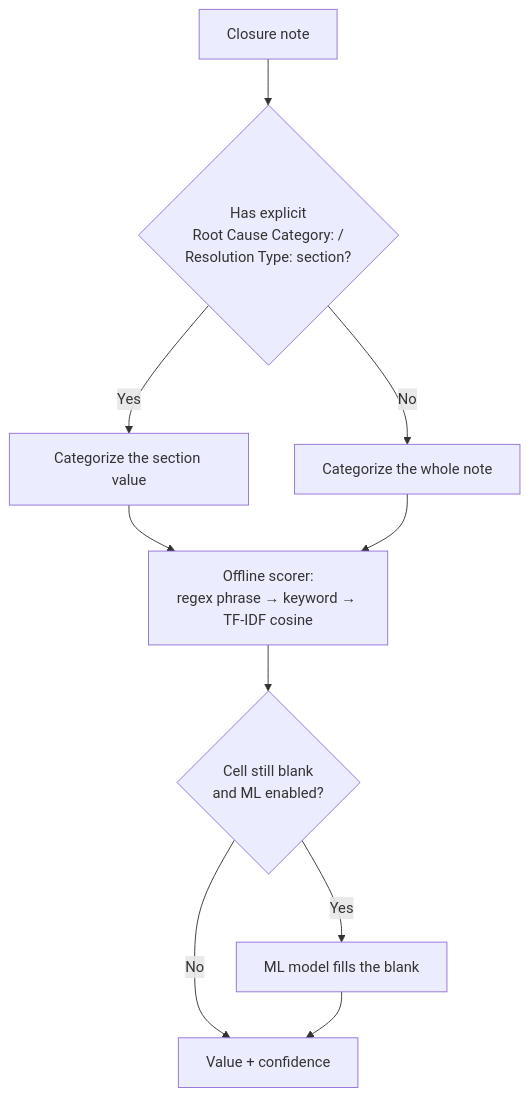
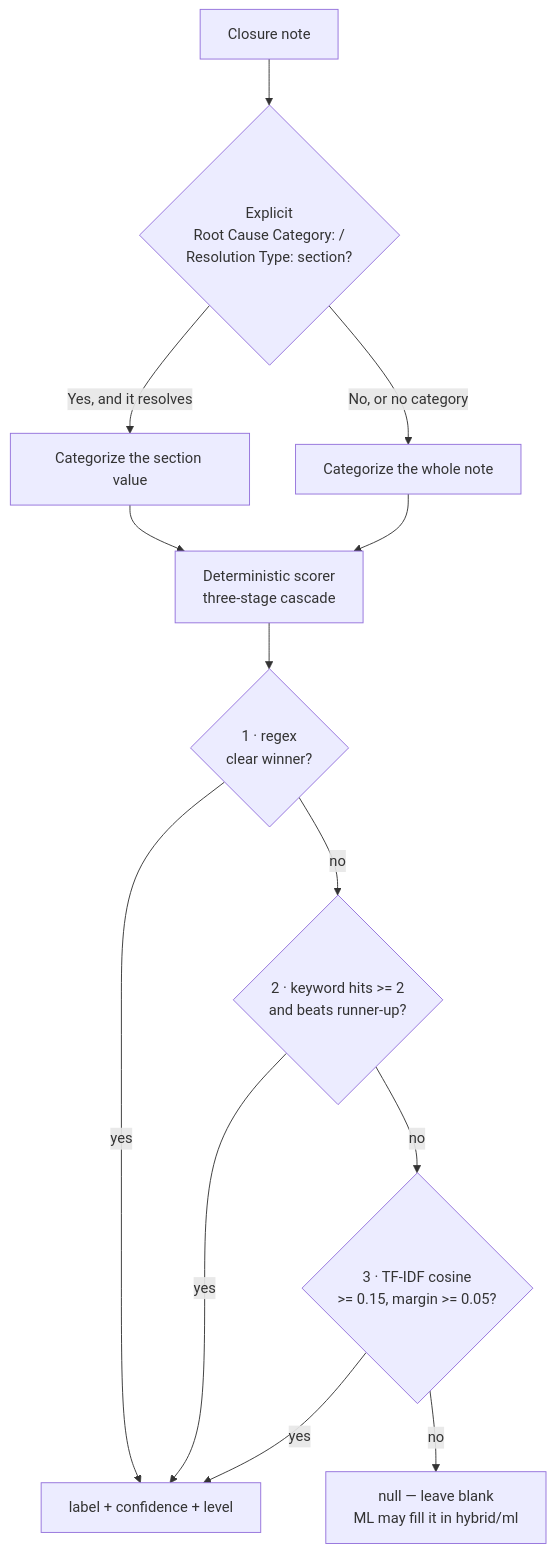
Before and after one commit to Abbas-Nagoor-Kani-BA/Autonomous-Reports-Engine: the diagram in wiki/Classification.md, drawn with Mermaid. The commit also changed other lines of this file, not shown here.

````diff
--- a/wiki/Classification.md
+++ b/wiki/Classification.md
@@ -9,12 +9,15 @@
 ```mermaid
 flowchart TD
-    N[Closure note] --> L{Has explicit<br/>Root Cause Category: /<br/>Resolution Type: section?}
-    L -->|Yes| S[Categorize the section value]
-    L -->|No| W[Categorize the whole note]
-    S --> D[Offline scorer:<br/>regex phrase → keyword → TF-IDF cosine]
-    W --> D
-    D --> B{Cell still blank<br/>and ML enabled?}
-    B -->|Yes| ML[ML model fills the blank]
-    B -->|No| OUT[Value + confidence]
-    ML --> OUT
+    N[Closure note] --> L{Explicit<br/>Root Cause Category: /<br/>Resolution Type: section?}
+    L -->|Yes, and it resolves| S[Categorize the section value]
+    L -->|No, or no category| W[Categorize the whole note]
+    S --> D
+    W --> D[Deterministic scorer<br/>three-stage cascade]
+    D --> R{1 · regex<br/>clear winner?}
+    R -->|yes| OUT[label + confidence + level]
+    R -->|no| K{2 · keyword hits >= 2<br/>and beats runner-up?}
+    K -->|yes| OUT
+    K -->|no| C{3 · TF-IDF cosine<br/>>= 0.15, margin >= 0.05?}
+    C -->|yes| OUT
+    C -->|no| NULL[null — leave blank<br/>ML may fill it in hybrid/ml]
 ```
````
